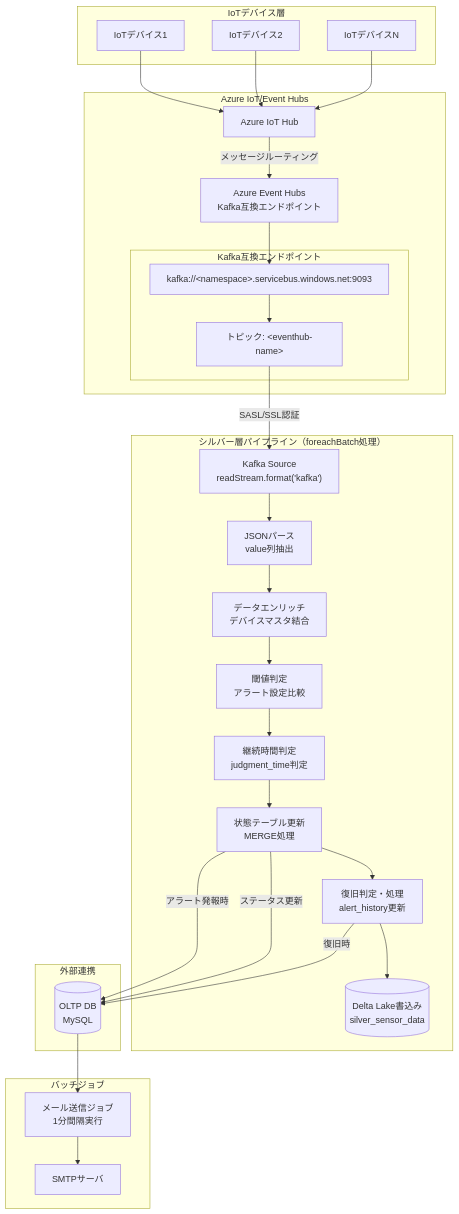
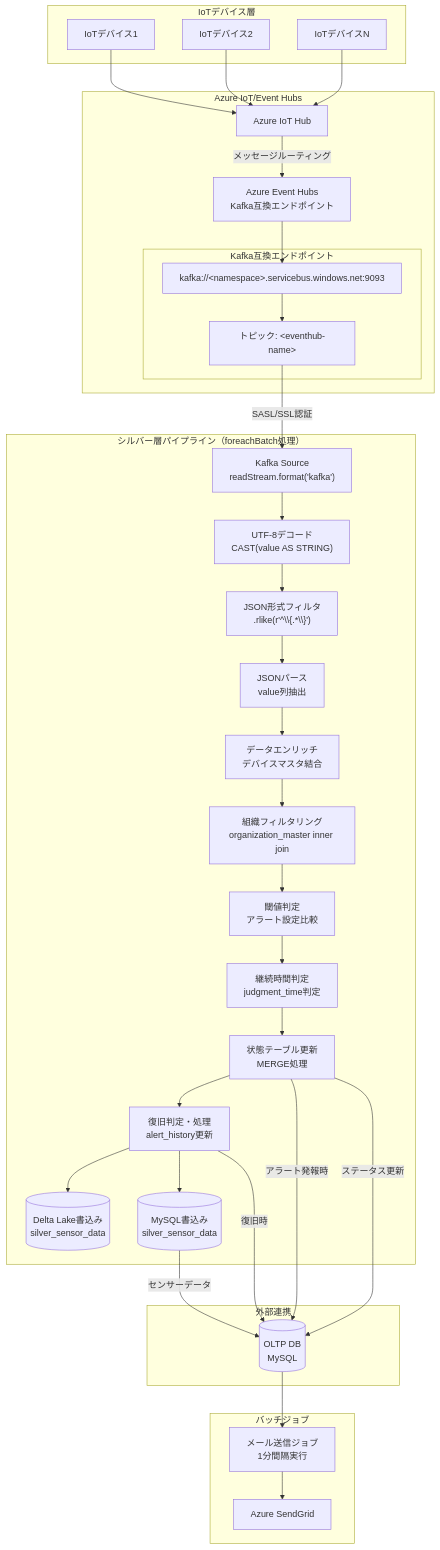
One commit to NSW-SVCP-AIWG002/Databricks-IoT changed the first of 2 diagrams in docs/03-features/ldp-pipeline/silver-layer/README.md. Above: the diagram before and after it, drawn with Mermaid. The commit also changed other lines of this file and 4 other files, not shown here.

````diff
--- a/docs/03-features/ldp-pipeline/silver-layer/README.md
+++ b/docs/03-features/ldp-pipeline/silver-layer/README.md
@@ -135,57 +136,66 @@
 ```mermaid
 flowchart TB
     subgraph IoT["IoTデバイス層"]
         Device1[IoTデバイス1]
         Device2[IoTデバイス2]
         DeviceN[IoTデバイスN]
     end
 
     subgraph Azure["Azure IoT/Event Hubs"]
         IoTHub[Azure IoT Hub]
         EH[Azure Event Hubs<br>Kafka互換エンドポイント]
 
         subgraph Kafka["Kafka互換エンドポイント"]
             KafkaBroker["kafka://&lt;namespace&gt;.servicebus.windows.net:9093"]
             Topic["トピック: &lt;eventhub-name&gt;"]
         end
     end
 
     subgraph Pipeline["シルバー層パイプライン（foreachBatch処理）"]
         KafkaSource["Kafka Source<br>readStream.format('kafka')"]
+        Decode["UTF-8デコード<br>CAST(value AS STRING)"]
+        JsonFilter["JSON形式フィルタ<br>.rlike(r'^\\{.*\\}')"]
         Parse[JSONパース<br>value列抽出]
         Enrich[データエンリッチ<br>デバイスマスタ結合]
+        OrgFilter[組織フィルタリング<br>organization_master inner join]
         ThresholdCheck[閾値判定<br>アラート設定比較]
         StateCheck[継続時間判定<br>judgment_time判定]
         StateUpdate[状態テーブル更新<br>MERGE処理]
         Recovery[復旧判定・処理<br>alert_history更新]
         Write[(Delta Lake書込み<br>silver_sensor_data)]
+        MySQLWrite[(MySQL書込み<br>silver_sensor_data)]
 
-        KafkaSource --> Parse
+        KafkaSource --> Decode
+        Decode --> JsonFilter
+        JsonFilter --> Parse
         Parse --> Enrich
-        Enrich --> ThresholdCheck
+        Enrich --> OrgFilter
+        OrgFilter --> ThresholdCheck
         ThresholdCheck --> StateCheck
         StateCheck --> StateUpdate
         StateUpdate --> Recovery
         Recovery --> Write
+        Recovery --> MySQLWrite
     end
 
     subgraph External["外部連携"]
         StateUpdate -->|アラート発報時| OLTP
         StateUpdate -->|ステータス更新| OLTP[(OLTP DB<br>MySQL)]
         Recovery -->|復旧時| OLTP
+        MySQLWrite -->|センサーデータ| OLTP
     end
 
     subgraph Batch["バッチジョブ"]
         OLTP --> EmailJob[メール送信ジョブ<br>1分間隔実行]
-        EmailJob --> SMTP[SMTPサーバ]
+        EmailJob --> SMTP[Azure SendGrid]
     end
 
     Device1 --> IoTHub
     Device2 --> IoTHub
     DeviceN --> IoTHub
 
     IoTHub -->|メッセージルーティング| EH
     EH --> KafkaBroker
     KafkaBroker --> Topic
     Topic -->|SASL/SSL認証| KafkaSource
 ```
````
